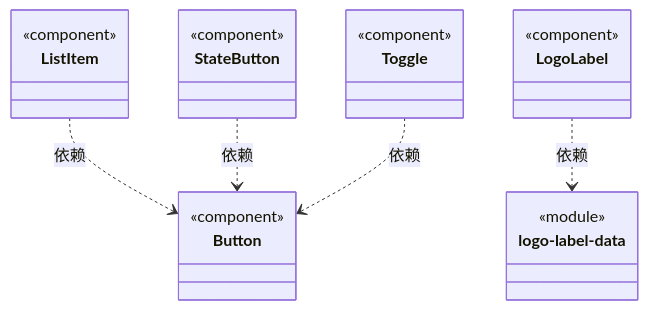
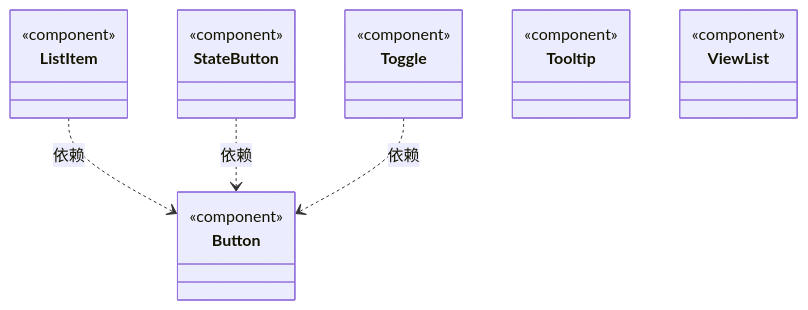
Before and after one commit to nan023062/cbim: the diagram in src/framework-ui/widgets/ARCHITECTURE.md, drawn with Mermaid. The commit also changed other lines of this file and 15 other files, not shown here.

Commit message:
Use ListItem and Tooltip for engine selection and remove LogoLabel

````diff
--- a/src/framework-ui/widgets/ARCHITECTURE.md
+++ b/src/framework-ui/widgets/ARCHITECTURE.md
@@ -28,31 +24,30 @@
 ```mermaid
 classDiagram
 class N_72401930af6e["Button"] {
   <<component>>
 }
 click N_72401930af6e href "Button.tsx"
 class N_95f561daa8f0["ListItem"] {
   <<component>>
 }
 click N_95f561daa8f0 href "ListItem.tsx"
 class N_dbf558f355d5["StateButton"] {
   <<component>>
 }
 click N_dbf558f355d5 href "StateButton.tsx"
 class N_cfbbe42d9877["Toggle"] {
   <<component>>
 }
 click N_cfbbe42d9877 href "Toggle.tsx"
-class N_12cf59bdc614["logo-label-data"] {
-  <<module>>
-}
-click N_12cf59bdc614 href "logo-label-data.ts"
-class N_296e1b3e899b["LogoLabel"] {
+class N_d271d8227088["Tooltip"] {
   <<component>>
 }
-click N_296e1b3e899b href "LogoLabel.tsx"
+click N_d271d8227088 href "Tooltip.tsx"
+class N_d2f30baea027["ViewList"] {
+  <<component>>
+}
+click N_d2f30baea027 href "ViewList.tsx"
 N_95f561daa8f0 ..> N_72401930af6e : 依赖
-N_296e1b3e899b ..> N_12cf59bdc614 : 依赖
 N_dbf558f355d5 ..> N_72401930af6e : 依赖
 N_cfbbe42d9877 ..> N_72401930af6e : 依赖
 ```
````
